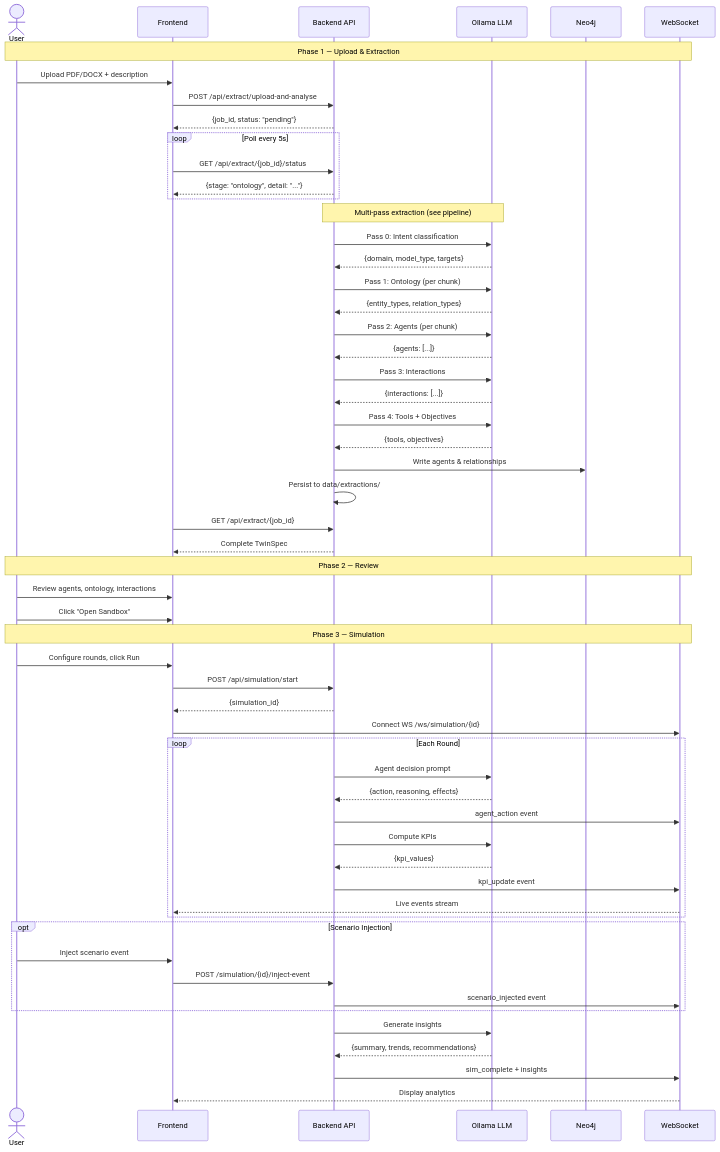
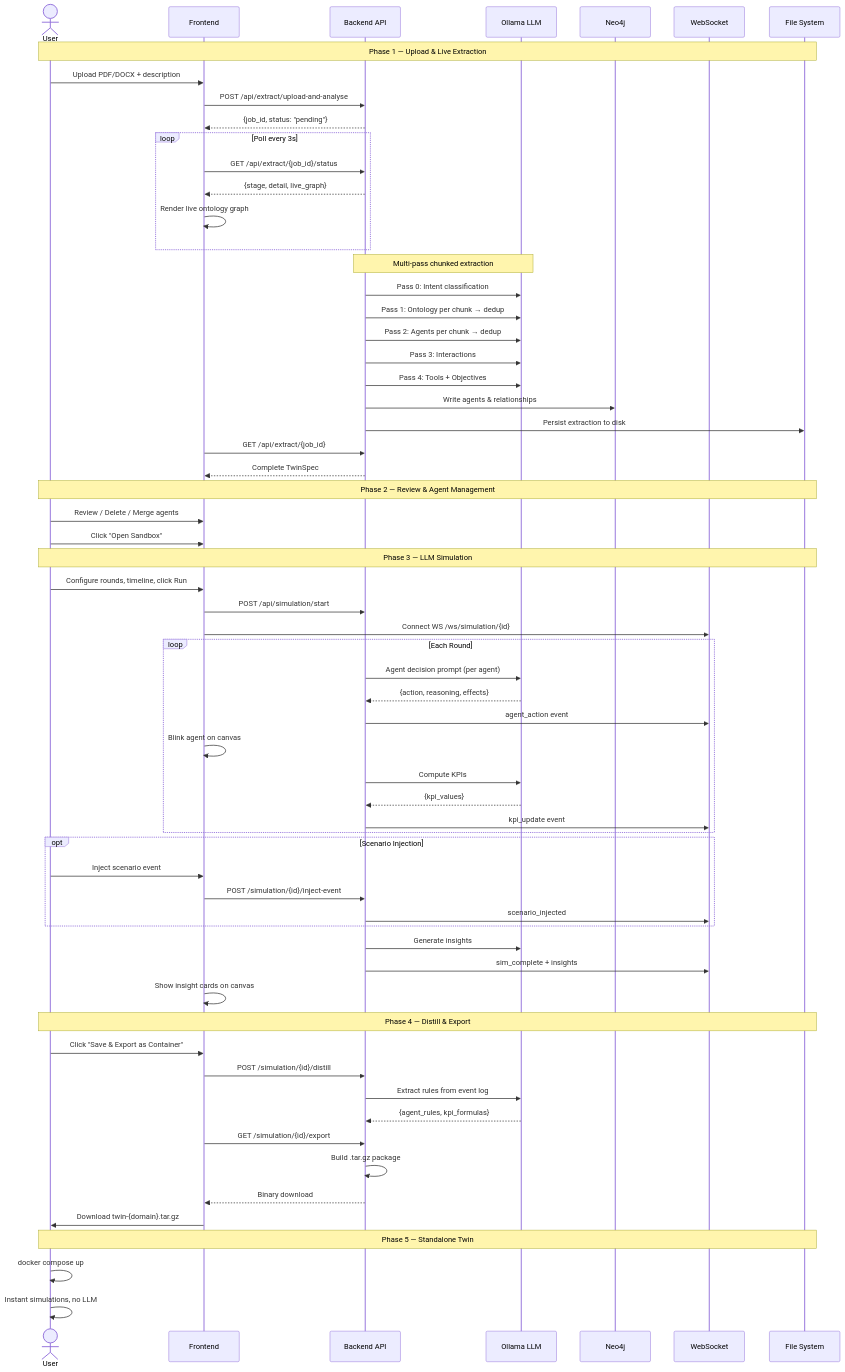
One commit to anandarupmukherjee/WeaveX changed the third of 15 diagrams in README.md. Above: the diagram before and after it, drawn with Mermaid. The commit also changed other lines of this file, not shown here.

First line of the commit message:
Update README with detailed flowcharts for all pipelines

````diff
--- a/README.md
+++ b/README.md
@@ -129,68 +161,77 @@
 ```mermaid
 sequenceDiagram
     actor User
     participant FE as Frontend
     participant API as Backend API
     participant LLM as Ollama LLM
     participant Neo as Neo4j
     participant WS as WebSocket
+    participant FS as File System
 
-    Note over User,WS: Phase 1 — Upload & Extraction
+    Note over User,FS: Phase 1 — Upload & Live Extraction
     User->>FE: Upload PDF/DOCX + description
     FE->>API: POST /api/extract/upload-and-analyse
     API-->>FE: {job_id, status: "pending"}
-    
-    loop Poll every 5s
+
+    loop Poll every 3s
         FE->>API: GET /api/extract/{job_id}/status
-        API-->>FE: {stage: "ontology", detail: "..."}
+        API-->>FE: {stage, detail, live_graph}
+        FE->>FE: Render live ontology graph
     end
 
-    Note over API,LLM: Multi-pass extraction (see pipeline)
+    Note over API,LLM: Multi-pass chunked extraction
     API->>LLM: Pass 0: Intent classification
-    LLM-->>API: {domain, model_type, targets}
-    API->>LLM: Pass 1: Ontology (per chunk)
-    LLM-->>API: {entity_types, relation_types}
-    API->>LLM: Pass 2: Agents (per chunk)
-    LLM-->>API: {agents: [...]}
+    API->>LLM: Pass 1: Ontology per chunk → dedup
+    API->>LLM: Pass 2: Agents per chunk → dedup
     API->>LLM: Pass 3: Interactions
-    LLM-->>API: {interactions: [...]}
     API->>LLM: Pass 4: Tools + Objectives
-    LLM-->>API: {tools, objectives}
 
     API->>Neo: Write agents & relationships
-    API->>API: Persist to data/extractions/
+    API->>FS: Persist extraction to disk
 
     FE->>API: GET /api/extract/{job_id}
     API-->>FE: Complete TwinSpec
 
-    Note over User,WS: Phase 2 — Review
-    User->>FE: Review agents, ontology, interactions
+    Note over User,FS: Phase 2 — Review & Agent Management
+    User->>FE: Review / Delete / Merge agents
     User->>FE: Click "Open Sandbox"
 
-    Note over User,WS: Phase 3 — Simulation
-    User->>FE: Configure rounds, click Run
+    Note over User,FS: Phase 3 — LLM Simulation
+    User->>FE: Configure rounds, timeline, click Run
     FE->>API: POST /api/simulation/start
-    API-->>FE: {simulation_id}
     FE->>WS: Connect WS /ws/simulation/{id}
 
     loop Each Round
-        API->>LLM: Agent decision prompt
+        API->>LLM: Agent decision prompt (per agent)
         LLM-->>API: {action, reasoning, effects}
         API->>WS: agent_action event
+        FE->>FE: Blink agent on canvas
         API->>LLM: Compute KPIs
         LLM-->>API: {kpi_values}
         API->>WS: kpi_update event
-        WS-->>FE: Live events stream
     end
 
     opt Scenario Injection
         User->>FE: Inject scenario event
         FE->>API: POST /simulation/{id}/inject-event
-        API->>WS: scenario_injected event
+        API->>WS: scenario_injected
     end
 
     API->>LLM: Generate insights
-    LLM-->>API: {summary, trends, recommendations}
     API->>WS: sim_complete + insights
-    WS-->>FE: Display analytics
+    FE->>FE: Show insight cards on canvas
+
+    Note over User,FS: Phase 4 — Distill & Export
+    User->>FE: Click "Save & Export as Container"
+    FE->>API: POST /simulation/{id}/distill
+    API->>LLM: Extract rules from event log
+    LLM-->>API: {agent_rules, kpi_formulas}
+    FE->>API: GET /simulation/{id}/export
+    API->>API: Build .tar.gz package
+    API-->>FE: Binary download
+    FE->>User: Download twin-{domain}.tar.gz
+
+    Note over User,FS: Phase 5 — Standalone Twin
+    User->>User: docker compose up
+    User->>User: Instant simulations, no LLM
 ```
````
